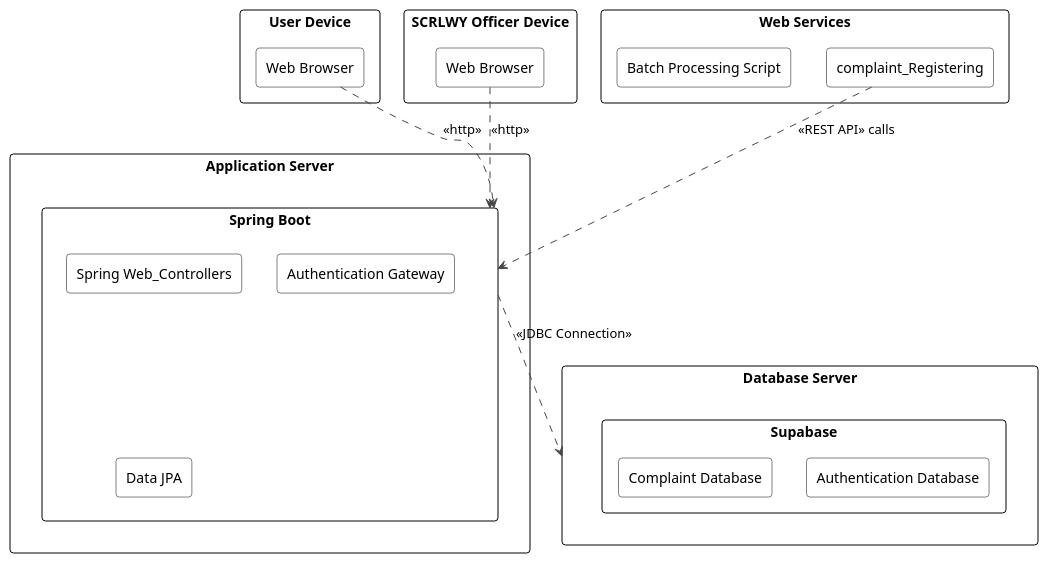
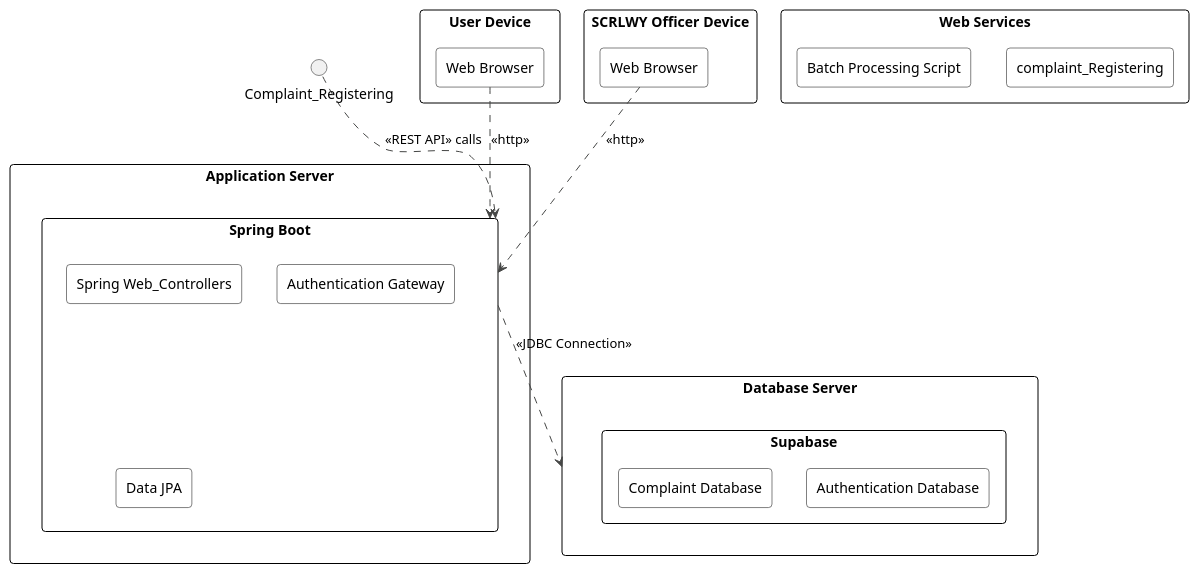
One commit to Anikate-De/rail-madad changed the diagram in uml/Deployment/Deployment.plantuml. Above: the diagram before and after it, drawn with PlantUML. The commit also changed 12 other files, not shown here.

Commit message:
updated uml folders / files

```diff
--- a/uml/Deployment/Deployment.plantuml
+++ b/uml/Deployment/Deployment.plantuml
@@ -1,44 +1,44 @@
 @startuml
 !theme vibrant
 
 skinparam rectangle {
   BackgroundColor White
   BorderColor Black
 }
 
 rectangle "User Device" {
   rectangle "Web Browser" as userBrowser
 }
 
 rectangle "SCRLWY Officer Device" {
   rectangle "Web Browser" as officerBrowser
 }
 
 rectangle "Application Server" {
   rectangle "Spring Boot" as springBoot {
     rectangle "Spring Web_Controllers"
     rectangle "Authentication Gateway"
     rectangle "Data JPA"
   }
 }
 
 rectangle "Database Server" as dataBase {
   rectangle "Supabase" {
   rectangle "Authentication Database"
   rectangle "Complaint Database"
   }
 }
 
 rectangle "Web Services" {
   rectangle "complaint_Registering"
   rectangle "Batch Processing Script"
 }
 
 userBrowser ..> springBoot : <<http>>
 officerBrowser ..> springBoot : <<http>>
 
 springBoot ..> dataBase : <<JDBC Connection>>
 
-"complaint_Registering" ..> springBoot : <<REST API>> calls
+"Complaint_Registering" ..> springBoot : <<REST API>> calls
 
 @enduml
```
